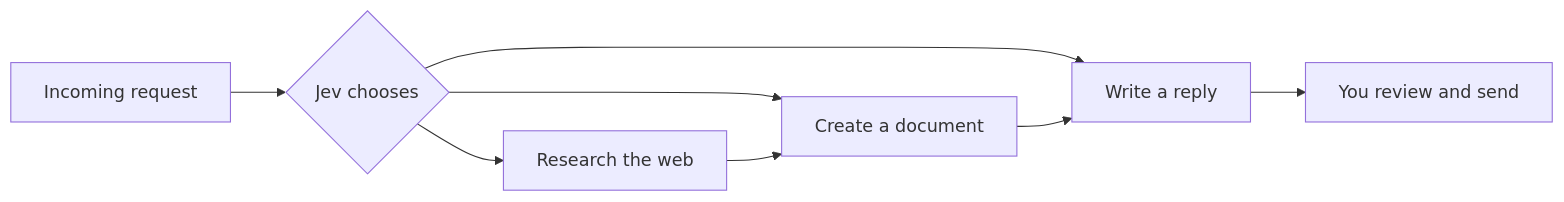
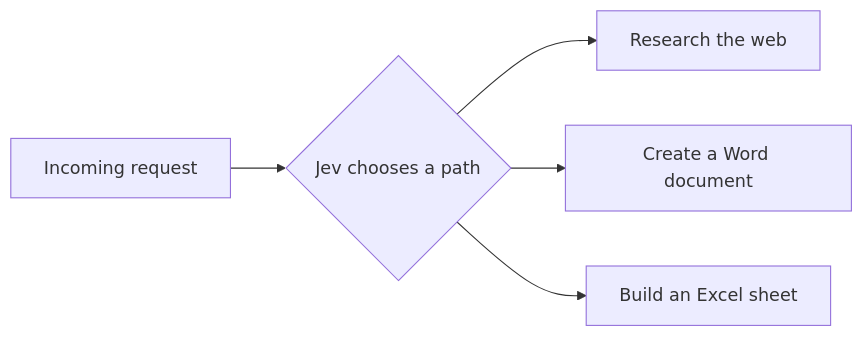
The diagram in README.md (david-lockley/Skarva), drawn with Mermaid before and after one commit. The commit also changed other lines of this file and 15 other files, not shown here.

````diff
--- a/README.md
+++ b/README.md
@@ -11,10 +21,7 @@
 ```mermaid
 flowchart LR
-    A[Incoming request] --> B{Jev chooses}
+    A[Incoming request] --> B{Jev chooses a path}
     B --> C[Research the web]
-    B --> D[Create a document]
-    B --> E[Write a reply]
-    C --> D
-    D --> E
-    E --> F[You review and send]
+    B --> D[Create a Word document]
+    B --> E[Build an Excel sheet]
 ```
````
